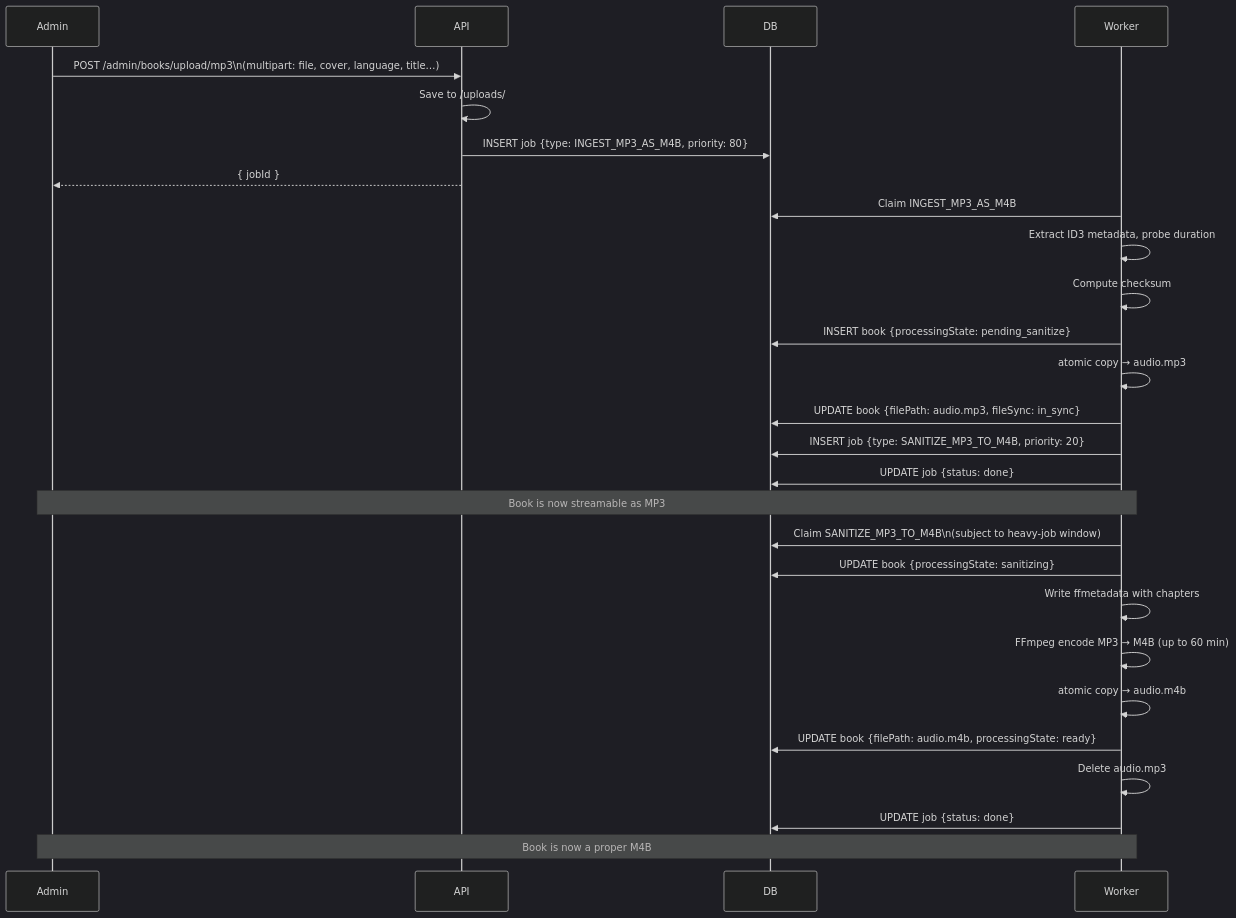
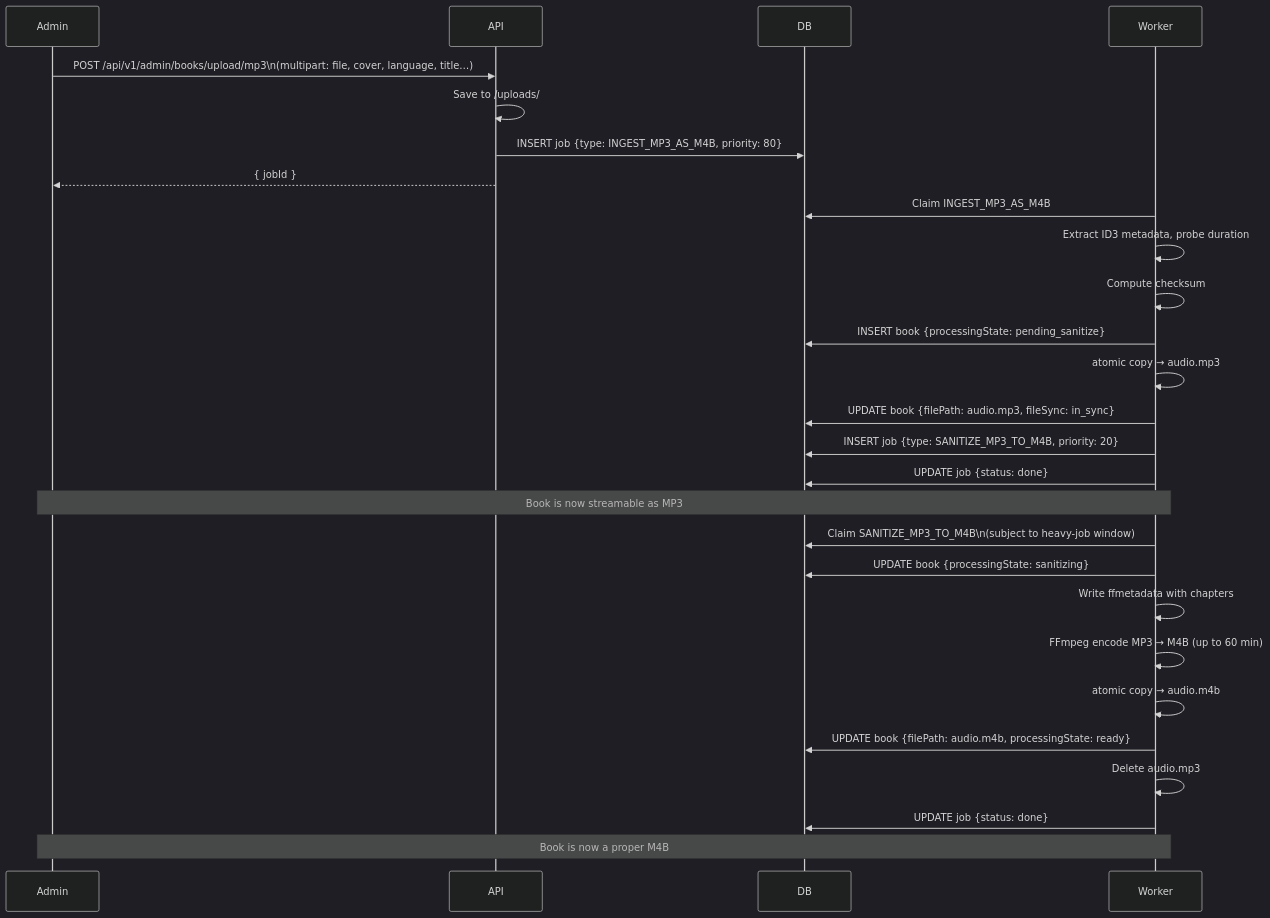
One commit to a3emond/audiobook-platform changed the third of 4 diagrams in docs/platform/api-worker-integration.md. Above: the diagram before and after it, drawn with Mermaid (dark theme). The commit also changed other lines of this file and 87 other files, not shown here.

First line of the commit message:
Refactor architecture documentation and remove outdated Apple Swift starter project guide

````diff
--- a/docs/platform/api-worker-integration.md
+++ b/docs/platform/api-worker-integration.md
@@ -148,34 +148,34 @@
 ```mermaid
 sequenceDiagram
     participant Admin
     participant API
     participant DB
     participant Worker
 
-    Admin->>API: POST /admin/books/upload/mp3\n(multipart: file, cover, language, title…)
+    Admin->>API: POST /api/v1/admin/books/upload/mp3\n(multipart: file, cover, language, title…)
     API->>API: Save to /uploads/
     API->>DB: INSERT job {type: INGEST_MP3_AS_M4B, priority: 80}
     API-->>Admin: { jobId }
 
     Worker->>DB: Claim INGEST_MP3_AS_M4B
     Worker->>Worker: Extract ID3 metadata, probe duration
     Worker->>Worker: Compute checksum
     Worker->>DB: INSERT book {processingState: pending_sanitize}
     Worker->>Worker: atomic copy → audio.mp3
     Worker->>DB: UPDATE book {filePath: audio.mp3, fileSync: in_sync}
     Worker->>DB: INSERT job {type: SANITIZE_MP3_TO_M4B, priority: 20}
     Worker->>DB: UPDATE job {status: done}
 
     Note over Admin,Worker: Book is now streamable as MP3
 
     Worker->>DB: Claim SANITIZE_MP3_TO_M4B\n(subject to heavy-job window)
     Worker->>DB: UPDATE book {processingState: sanitizing}
     Worker->>Worker: Write ffmetadata with chapters
     Worker->>Worker: FFmpeg encode MP3 → M4B (up to 60 min)
     Worker->>Worker: atomic copy → audio.m4b
     Worker->>DB: UPDATE book {filePath: audio.m4b, processingState: ready}
     Worker->>Worker: Delete audio.mp3
     Worker->>DB: UPDATE job {status: done}
 
     Note over Admin,Worker: Book is now a proper M4B
 ```
````
